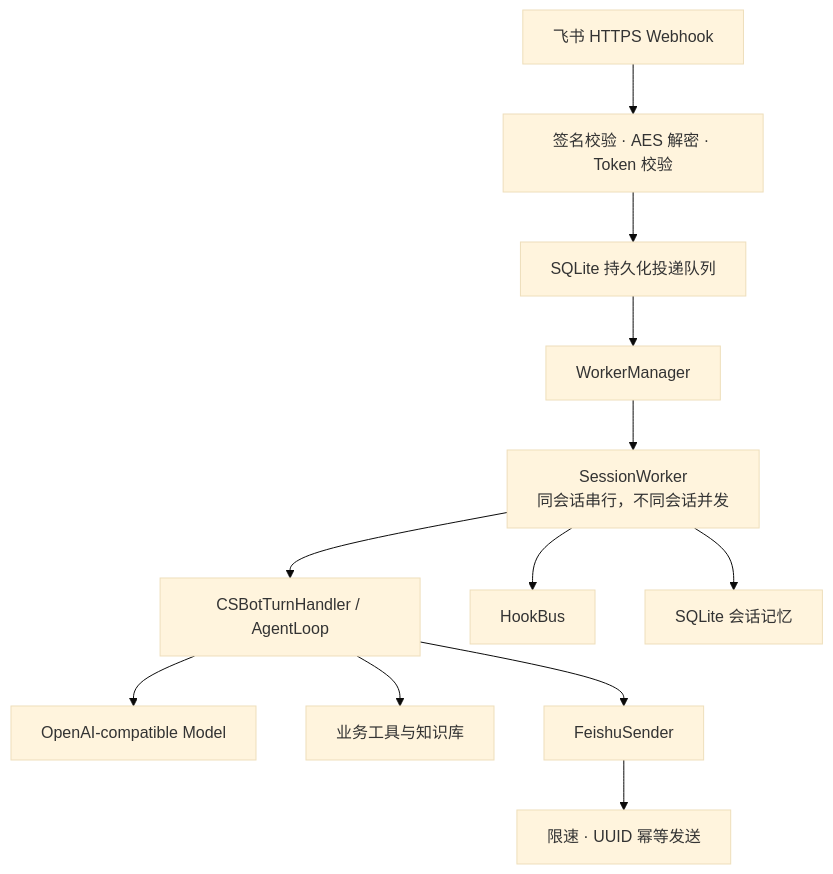
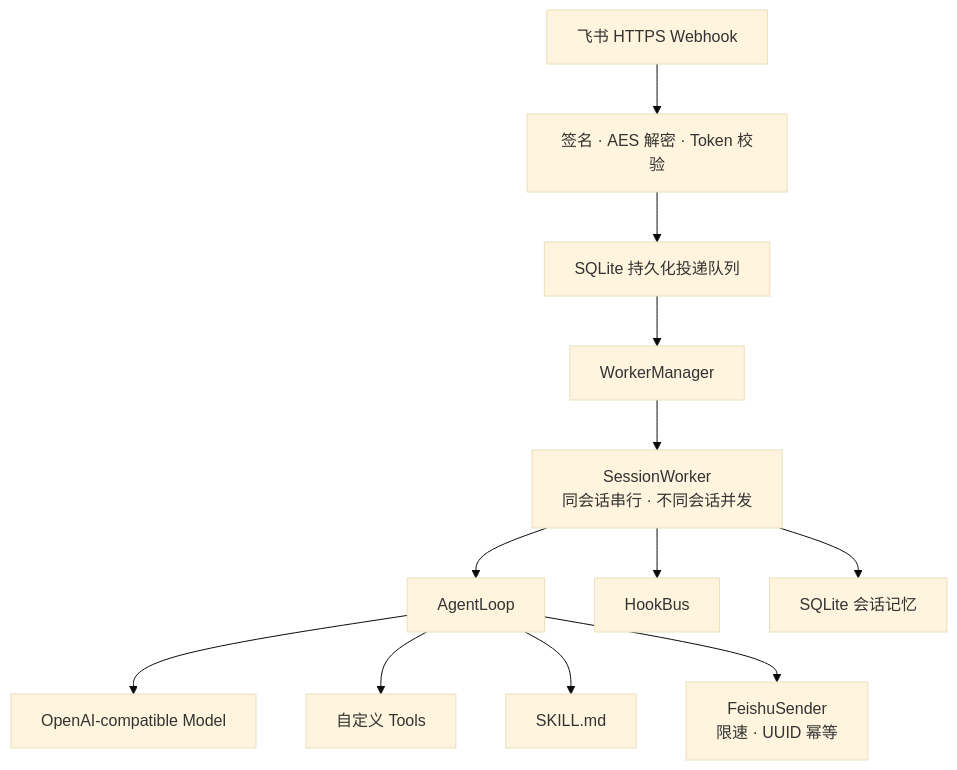
The diagram in README.md (jocelynzhang0812-lab/kitty), drawn with Mermaid (base theme) before and after one commit. The commit also changed other lines of this file and 121 other files, not shown here.

````diff
--- a/README.md
+++ b/README.md
@@ -7,14 +9,14 @@
 ```mermaid
 flowchart TD
-    FS["飞书 HTTPS Webhook"] --> SEC["签名校验 · AES 解密 · Token 校验"]
+    FS["飞书 HTTPS Webhook"] --> SEC["签名 · AES 解密 · Token 校验"]
     SEC --> QUEUE["SQLite 持久化投递队列"]
     QUEUE --> WM["WorkerManager"]
-    WM --> SW["SessionWorker<br/>同会话串行，不同会话并发"]
-    SW --> AGENT["CSBotTurnHandler / AgentLoop"]
-    AGENT --> MODEL["OpenAI-compatible Model"]
-    AGENT --> TOOLS["业务工具与知识库"]
+    WM --> SW["SessionWorker<br/>同会话串行 · 不同会话并发"]
+    SW --> LOOP["AgentLoop"]
+    LOOP --> MODEL["OpenAI-compatible Model"]
+    LOOP --> TOOLS["自定义 Tools"]
+    LOOP --> SKILLS["SKILL.md"]
     SW --> HOOKS["HookBus"]
     SW --> MEMORY["SQLite 会话记忆"]
-    AGENT --> SEND["FeishuSender"]
-    SEND --> IDEM["限速 · UUID 幂等发送"]
+    LOOP --> SEND["FeishuSender<br/>限速 · UUID 幂等"]
 ```
````
